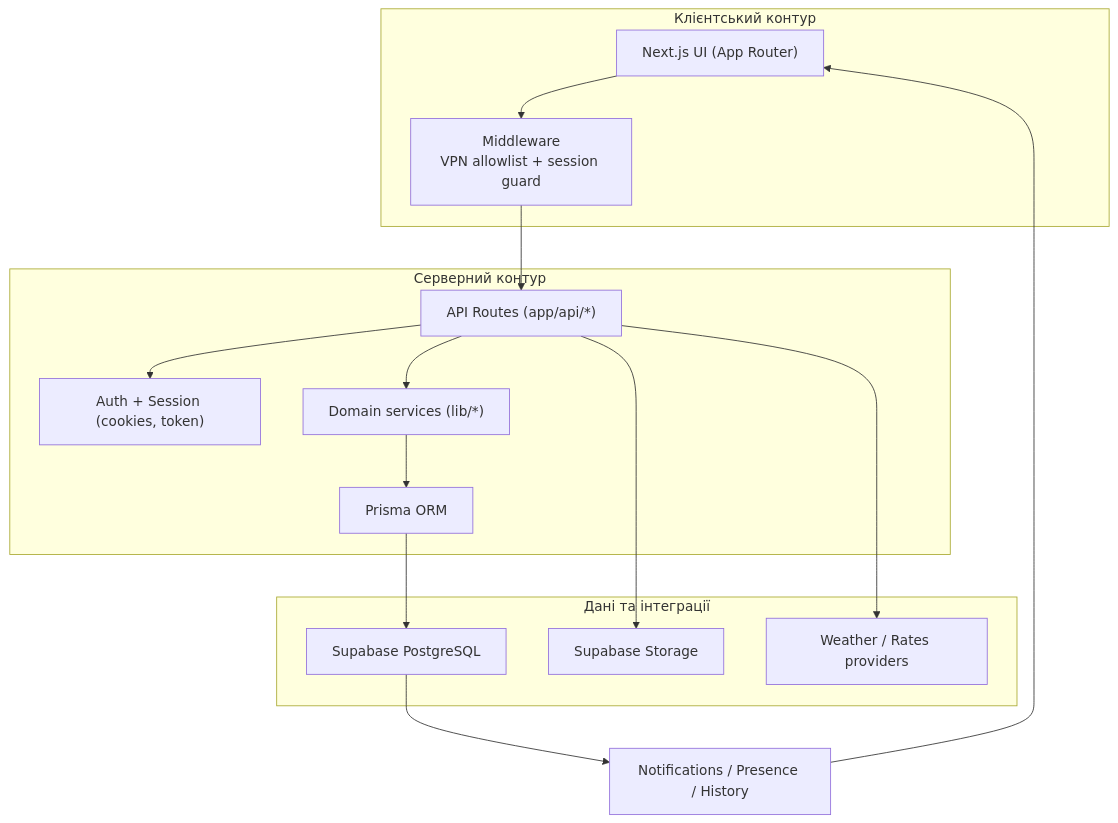
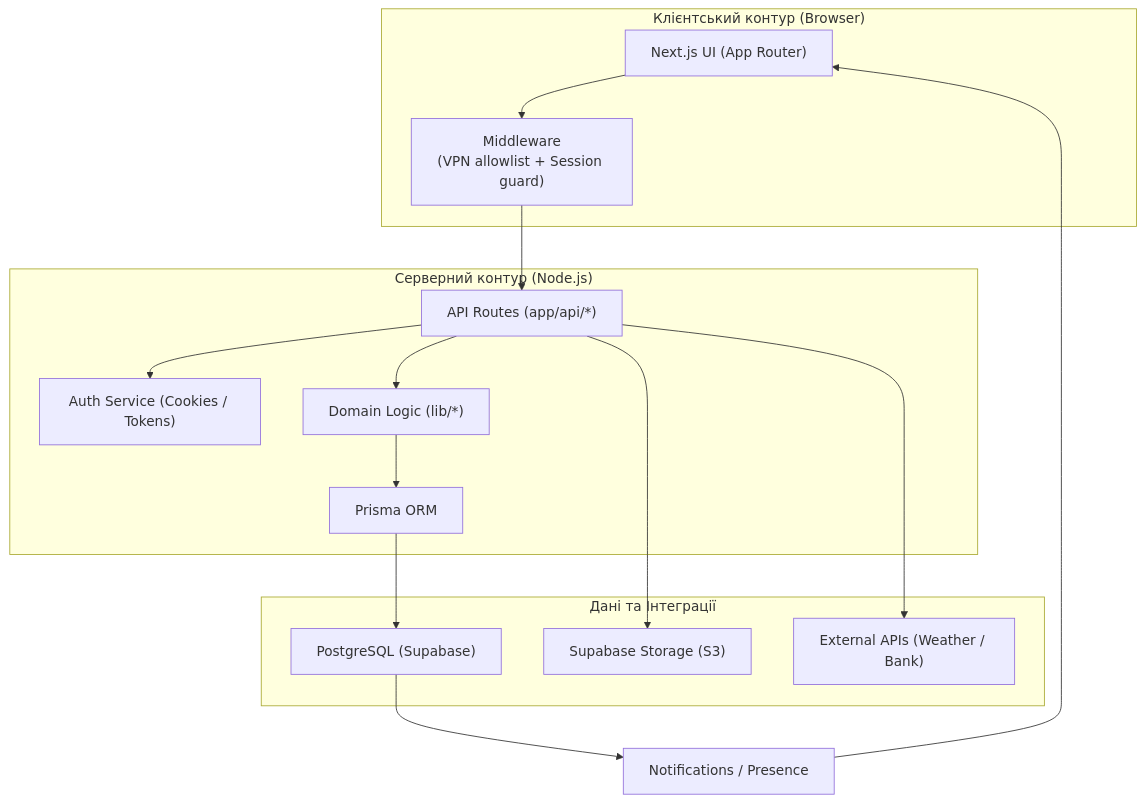
The first of 4 diagrams in README.md (xxxquide/Agroplus_Practice), drawn with Mermaid before and after one commit. The commit also changed other lines of this file and 1 other file, not shown here.

````diff
--- a/README.md
+++ b/README.md
@@ -45,31 +61,31 @@
 ```mermaid
 flowchart TB
-  subgraph C["Клієнтський контур"]
+  subgraph C["Клієнтський контур (Browser)"]
     UI["Next.js UI (App Router)"]
-    MW["Middleware<br/>VPN allowlist + session guard"]
+    MW["Middleware<br/>(VPN allowlist + Session guard)"]
     UI --> MW
   end
 
-  subgraph S["Серверний контур"]
+  subgraph S["Серверний контур (Node.js)"]
     API["API Routes (app/api/*)"]
-    AUTH["Auth + Session (cookies, token)"]
-    DOMAIN["Domain services (lib/*)"]
+    AUTH["Auth Service (Cookies / Tokens)"]
+    DOMAIN["Domain Logic (lib/*)"]
     PRISMA["Prisma ORM"]
     MW --> API
     API --> AUTH
     API --> DOMAIN
     DOMAIN --> PRISMA
   end
 
-  subgraph D["Дані та інтеграції"]
-    PG["Supabase PostgreSQL"]
-    ST["Supabase Storage"]
-    EXT["Weather / Rates providers"]
+  subgraph D["Дані та Інтеграції"]
+    PG["PostgreSQL (Supabase)"]
+    ST["Supabase Storage (S3)"]
+    EXT["External APIs (Weather / Bank)"]
     PRISMA --> PG
     API --> ST
     API --> EXT
   end
 
-  PG --> NOTIF["Notifications / Presence / History"]
+  PG --> NOTIF["Notifications / Presence"]
   NOTIF --> UI
 ```
````
